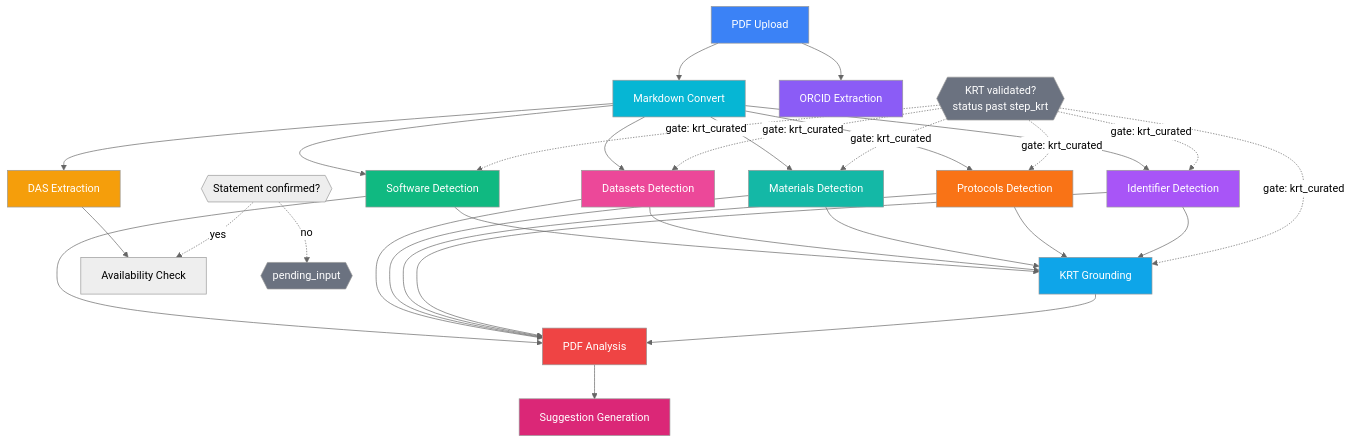
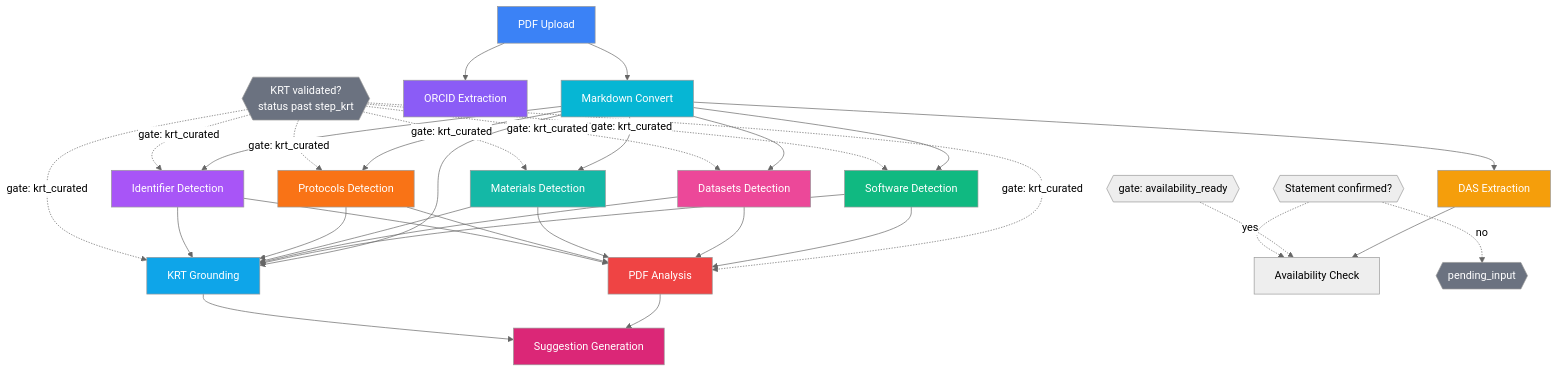
Before and after one commit to DataSeer/asap-kr-sync: the first of 2 diagrams in docs/pipeline-jobs.md, drawn with Mermaid (neutral theme). The commit also changed other lines of this file and 1 other file, not shown here.

````diff
--- a/docs/pipeline-jobs.md
+++ b/docs/pipeline-jobs.md
@@ -98,55 +98,59 @@
 ```mermaid
 graph TD
     PDF[PDF Upload] --> MD[Markdown Convert]
     PDF --> ORCID[ORCID Extraction]
 
     MD --> DAS[DAS Extraction]
     MD --> SW[Software Detection]
     MD --> ID[Identifier Detection]
     MD --> DS[Datasets Detection]
     MD --> MAT[Materials Detection]
     MD --> PROT[Protocols Detection]
 
-    SW --> KG[KRT Grounding]
+    MD --> KG[KRT Grounding]
+    SW --> KG
     DS --> KG
     MAT --> KG
     PROT --> KG
     ID --> KG
 
     KRTV{{KRT validated?<br/>status past step_krt}}
     KRTV -.->|gate: krt_curated| SW
     KRTV -.->|gate: krt_curated| DS
     KRTV -.->|gate: krt_curated| MAT
     KRTV -.->|gate: krt_curated| PROT
     KRTV -.->|gate: krt_curated| ID
     KRTV -.->|gate: krt_curated| KG
+    KRTV -.->|gate: krt_curated| PA
 
     SW --> PA[PDF Analysis]
     DS --> PA
     MAT --> PA
     PROT --> PA
     ID --> PA
-    KG --> PA
 
     PA --> SG[Suggestion Generation]
+    KG --> SG
 
     DAS --> ASC[Availability Check]
+    AVR{{gate: availability_ready}}
+    AVR -.-> ASC
     CONF{{Statement confirmed?}}
     CONF -.->|no| PI{{pending_input}}
     CONF -.->|yes| ASC
 
     style PDF fill:#3b82f6,color:#fff
     style DAS fill:#f59e0b,color:#fff
     style SW fill:#10b981,color:#fff
     style ORCID fill:#8b5cf6,color:#fff
     style MD fill:#06b6d4,color:#fff
     style DS fill:#ec4899,color:#fff
     style MAT fill:#14b8a6,color:#fff
     style PROT fill:#f97316,color:#fff
     style ID fill:#a855f7,color:#fff
     style KG fill:#0ea5e9,color:#fff
     style PA fill:#ef4444,color:#fff
     style SG fill:#db2777,color:#fff
     style PI fill:#6b7280,color:#fff
     style KRTV fill:#6b7280,color:#fff
 ```
````
